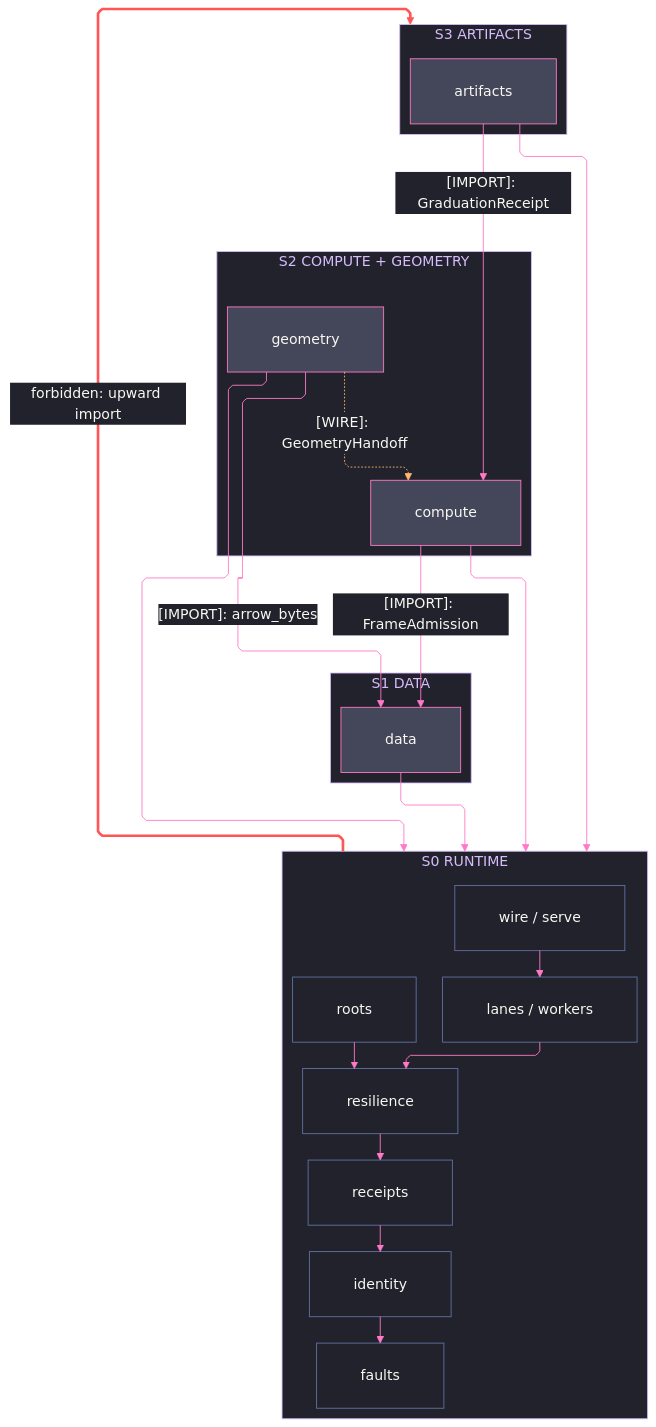
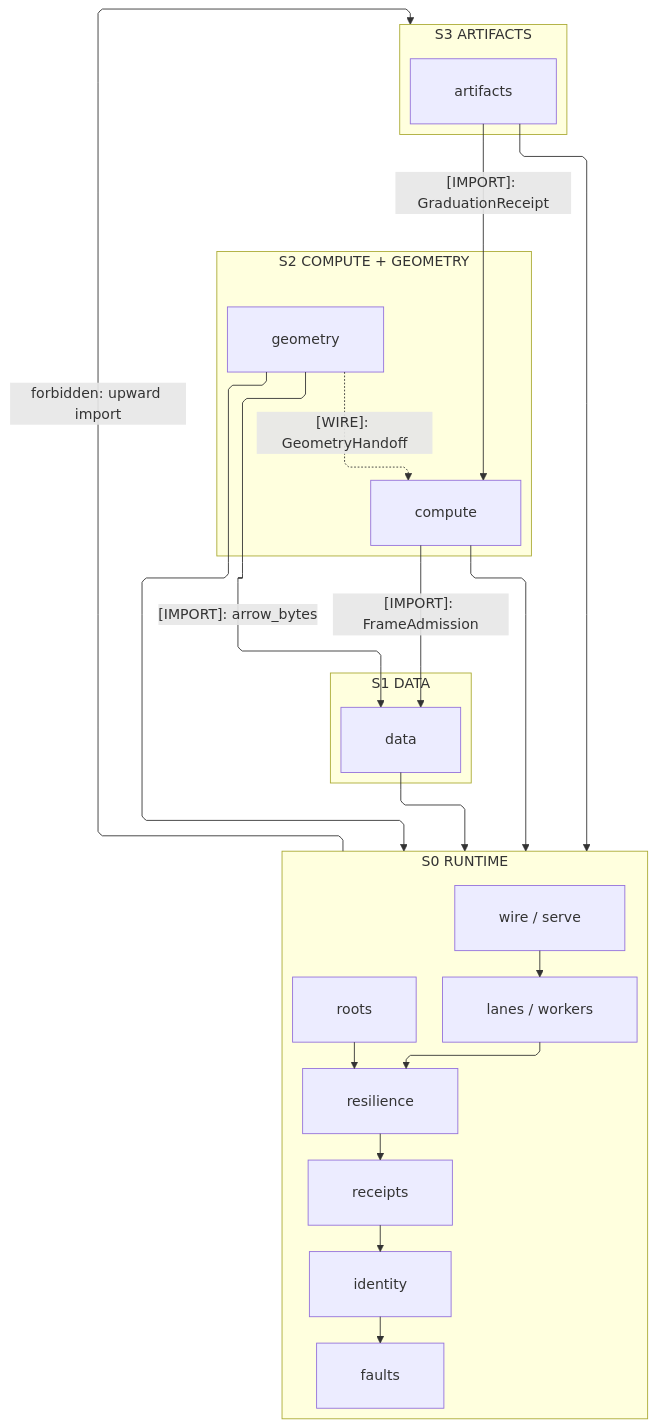
Before and after one commit to bsamiee/Rasm: the first of 2 diagrams in libs/python/.planning/ARCHITECTURE.md, drawn with Mermaid. The commit also changed other lines of this file and 460 other files, not shown here.

````diff
--- a/libs/python/.planning/ARCHITECTURE.md
+++ b/libs/python/.planning/ARCHITECTURE.md
@@ -23,76 +23,47 @@
 ```mermaid
 ---
 config:
-  theme: base
-  look: classic
   layout: elk
   flowchart:
     curve: linear
     padding: 25
-  themeVariables:
-    darkMode: true
-    fontFamily: "SF Mono, Menlo, Cascadia Mono, Segoe UI Mono, Consolas, monospace"
-    useGradient: false
-    dropShadow: "none"
-    background: "#282A36"
-    primaryColor: "#44475A"
-    primaryTextColor: "#F8F8F2"
-    primaryBorderColor: "#BD93F9"
-    lineColor: "#FF79C6"
-    textColor: "#F8F8F2"
-    clusterBkg: "#21222C"
-    clusterBorder: "#D6BCFA"
-    edgeLabelBackground: "#21222C"
-    labelBackgroundColor: "#21222C"
-    titleColor: "#D6BCFA"
-  themeCSS: ".nodeLabel{font-size:13px;font-weight:500}.edgeLabel{font-size:12px;font-weight:500}.cluster-label .nodeLabel{font-size:13.5px;font-weight:700;letter-spacing:.08em}.edge-thickness-normal{stroke-width:2px}.edge-thickness-thick{stroke-width:3px}.edge-pattern-dashed,.edge-pattern-dotted{stroke-width:1.5px;stroke-dasharray:4 6}.node rect,.node circle,.node polygon,.node path,.node .outer-path{stroke-width:1.5px;filter:none!important}.cluster rect{stroke-width:1px!important;stroke-dasharray:5 4!important;filter:none!important}.marker path{transform:scale(.8);transform-origin:5px 5px}.marker circle{transform:scale(.48);transform-origin:5px 5px}.edgeLabel rect{transform-box:fill-box;transform-origin:center;transform:scale(1.1,1.2)}"
 ---
 flowchart TB
     accTitle: Python branch import strata
-    accDescr: Four import strata — artifacts over the compute-geometry peer pair over data over the runtime foundation — every package importing runtime directly, each labeled import naming its one sourced surface, geometry evidence crossing into compute as dashed wire data rather than import, one forbidden upward edge styled red, and runtime's interior rails descending from wire/serve through lanes/workers, joined by roots, onto resilience, receipts, identity, and faults.
+    accDescr: Four import strata — artifacts over the compute-geometry peer pair over data over the runtime foundation — every package importing runtime directly, each labeled import naming its one sourced surface, geometry evidence crossing into compute as dashed wire data rather than import, one forbidden upward edge named as such, and runtime's interior rails descending from wire/serve through lanes/workers, joined by roots, onto resilience, receipts, identity, and faults.
     subgraph S3["S3 ARTIFACTS"]
         Artifacts[artifacts]
     end
     subgraph S2["S2 COMPUTE + GEOMETRY"]
         Compute[compute]
         Geometry[geometry]
     end
     subgraph S1["S1 DATA"]
         Data[data]
     end
     subgraph S0["S0 RUNTIME"]
         Wire["wire / serve"]
         Lanes["lanes / workers"]
         Roots[roots]
         Resilience[resilience]
         Receipts[receipts]
         Identity[identity]
         Faults[faults]
     end
     Artifacts e1@-->|"[IMPORT]: GraduationReceipt"| Compute
     Compute e2@-->|"[IMPORT]: FrameAdmission"| Data
     Geometry e3@-->|"[IMPORT]: arrow_bytes"| Data
     Geometry e4@-.->|"[WIRE]: GeometryHandoff"| Compute
     Data e5@--> S0
     Geometry e6@--> S0
     Compute e7@--> S0
     Artifacts e8@--> S0
     Artifacts ~~~ Compute
     S0 e9@-->|"forbidden: upward import"| S3
     Wire r1@--> Lanes
     Lanes r2@--> Resilience
     Roots r3@--> Resilience
     Resilience r4@--> Receipts
     Receipts r5@--> Identity
     Identity r6@--> Faults
-    classDef primary fill:#44475A,stroke:#FF79C6,color:#F8F8F2
-    classDef recessed fill:#21222C,stroke:#6272A4,color:#F8F8F2
-    classDef edgeControl stroke:#FF79C6,color:#F8F8F2
-    classDef edgeData stroke:#FFB86C,color:#F8F8F2
-    classDef edgeError stroke:#FF5555,stroke-width:3px,color:#F8F8F2
-    class Artifacts,Compute,Geometry,Data primary
-    class Wire,Lanes,Roots,Resilience,Receipts,Identity,Faults recessed
-    class e1,e2,e3,e5,e6,e7,e8,r1,r2,r3,r4,r5,r6 edgeControl
-    class e4 edgeData
-    class e9 edgeError
 ```
````
